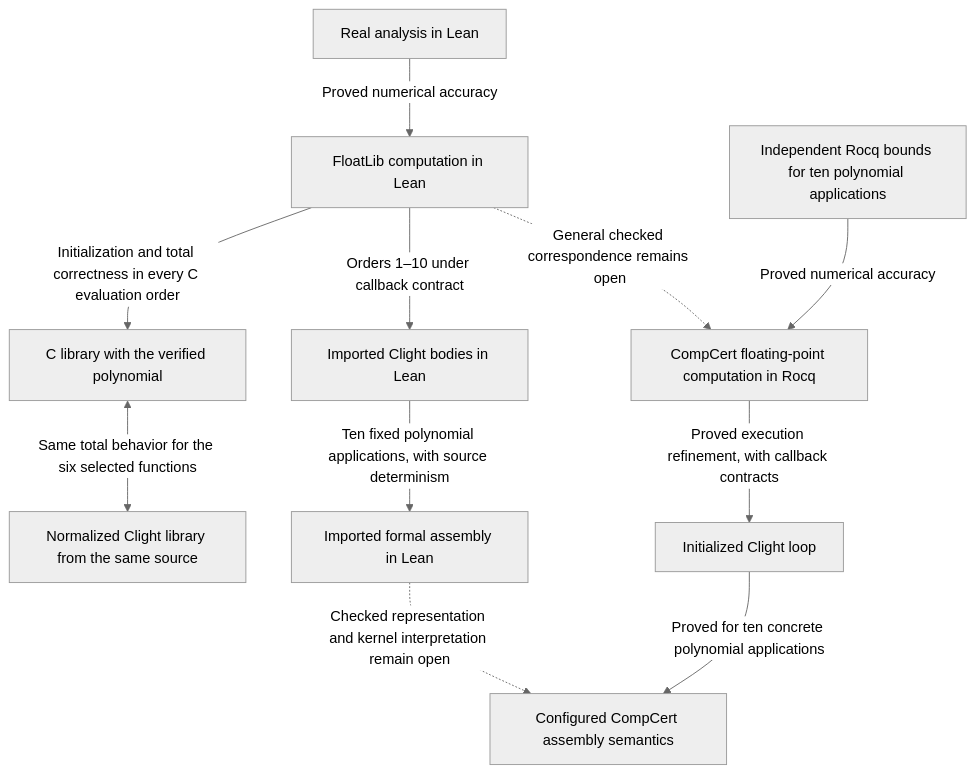
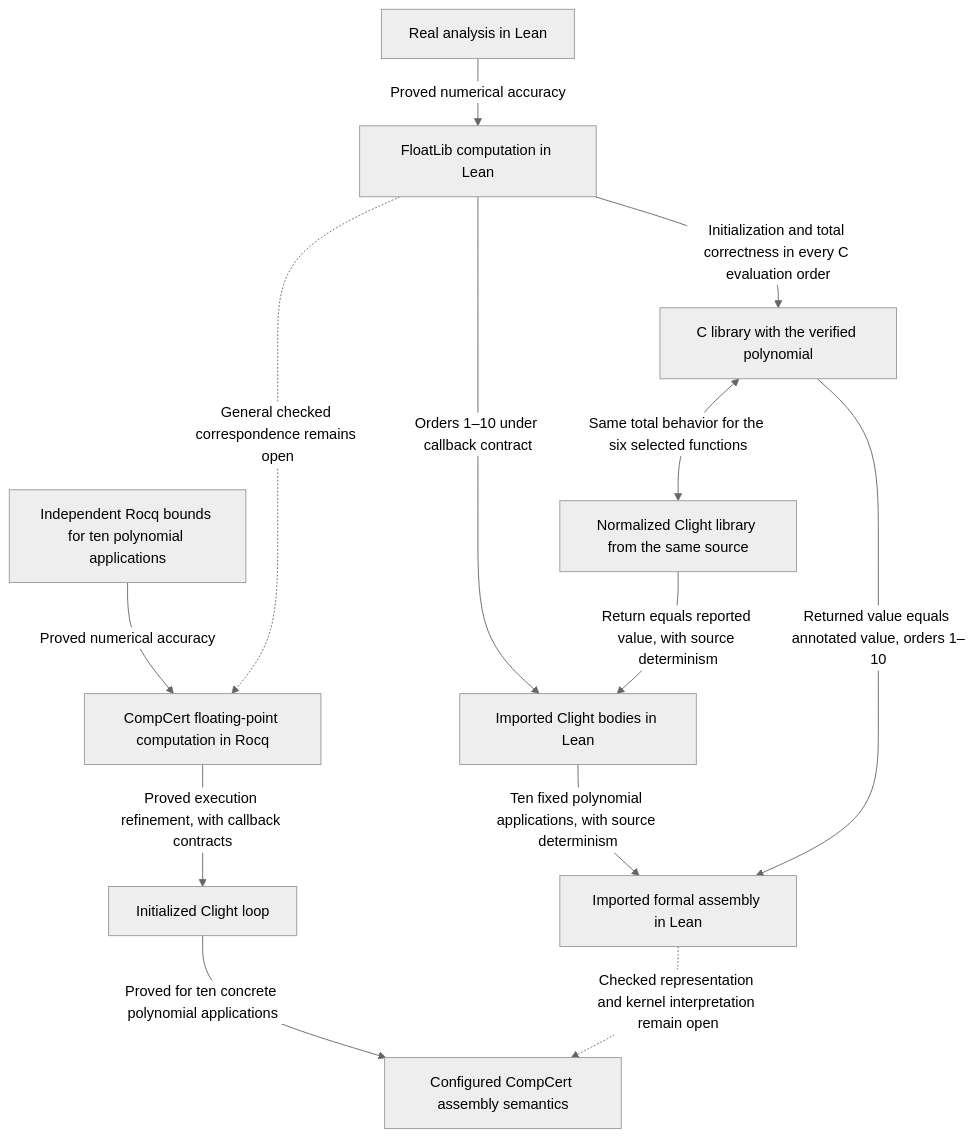
Before and after one commit to Robertboy18/LeanQuadrature: the second of 2 diagrams in docs/from-integral-to-machine.md, drawn with Mermaid (neutral theme). The commit also changed other lines of this file and 50 other files, not shown here.

````diff
--- a/docs/from-integral-to-machine.md
+++ b/docs/from-integral-to-machine.md
@@ -677,13 +677,15 @@
 ```mermaid
 flowchart TD
     L["Real analysis in Lean"] -->|"Proved numerical accuracy"| FL["FloatLib computation in Lean"]
     FL -->|"Initialization and total correctness in every C evaluation order"| LC["C library with the verified polynomial"]
     LC <-->|"Same total behavior for the six selected functions"| NC["Normalized Clight library from the same source"]
     FL -->|"Orders 1–10 under callback contract"| CL["Imported Clight bodies in Lean"]
+    NC -->|"Return equals reported value, with source determinism"| CL
     CL -->|"Ten fixed polynomial applications, with source determinism"| LA["Imported formal assembly in Lean"]
+    LC -->|"Returned value equals annotated value, orders 1–10"| LA
     R["Independent Rocq bounds for ten polynomial applications"] -->|"Proved numerical accuracy"| FR["CompCert floating-point computation in Rocq"]
     FL -.->|"General checked correspondence remains open"| FR
     FR -->|"Proved execution refinement, with callback contracts"| C["Initialized Clight loop"]
     C -->|"Proved for ten concrete polynomial applications"| A["Configured CompCert assembly semantics"]
     LA -.->|"Checked representation and kernel interpretation remain open"| A
 ```
````
